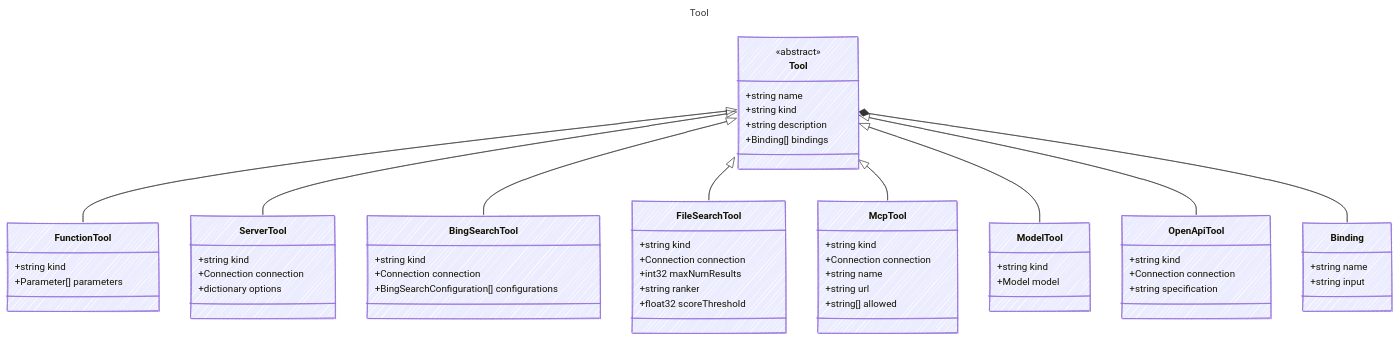
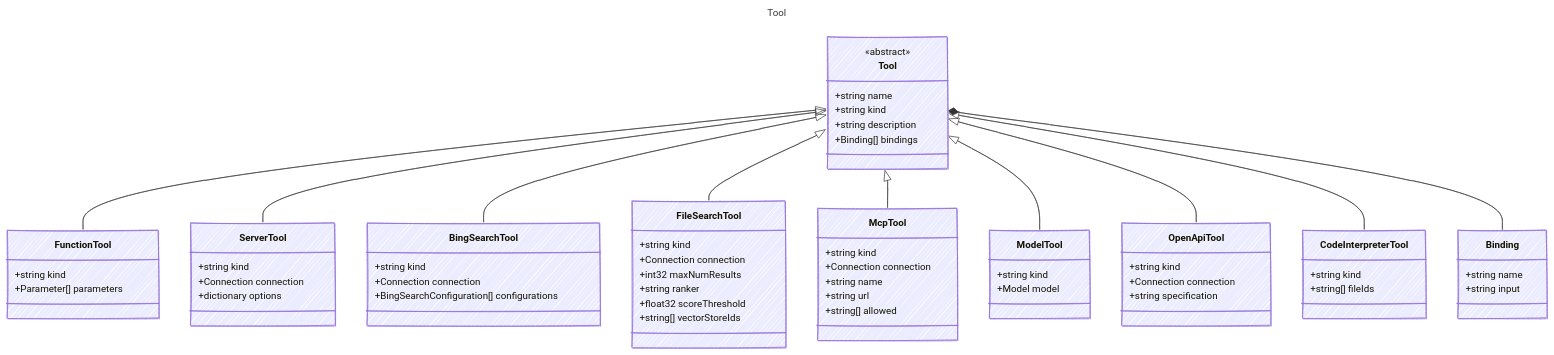
Before and after one commit to microsoft/prompty: the diagram in specification/prompty/docs/Tool.md, drawn with Mermaid. The commit also changed other lines of this file and 51 other files, not shown here.

````diff
--- a/specification/prompty/docs/Tool.md
+++ b/specification/prompty/docs/Tool.md
@@ -7,67 +7,73 @@
 ```mermaid
 ---
 title: Tool
 config:
   look: handDrawn
   theme: colorful
   class:
     hideEmptyMembersBox: true
 ---
 classDiagram
     class Tool {
       <<abstract>>
         +string name
         +string kind
         +string description
         +Binding[] bindings
     }
     class FunctionTool {
         +string kind
         +Parameter[] parameters
     }
     Tool <|-- FunctionTool
     class ServerTool {
         +string kind
         +Connection connection
         +dictionary options
     }
     Tool <|-- ServerTool
     class BingSearchTool {
         +string kind
         +Connection connection
         +BingSearchConfiguration[] configurations
     }
     Tool <|-- BingSearchTool
     class FileSearchTool {
         +string kind
         +Connection connection
         +int32 maxNumResults
         +string ranker
         +float32 scoreThreshold
+        +string[] vectorStoreIds
     }
     Tool <|-- FileSearchTool
     class McpTool {
         +string kind
         +Connection connection
         +string name
         +string url
         +string[] allowed
     }
     Tool <|-- McpTool
     class ModelTool {
         +string kind
         +Model model
     }
     Tool <|-- ModelTool
     class OpenApiTool {
         +string kind
         +Connection connection
         +string specification
     }
     Tool <|-- OpenApiTool
+    class CodeInterpreterTool {
+        +string kind
+        +string[] fileIds
+    }
+    Tool <|-- CodeInterpreterTool
     class Binding {
         +string name
         +string input
     }
     Tool *-- Binding
 ```
````
